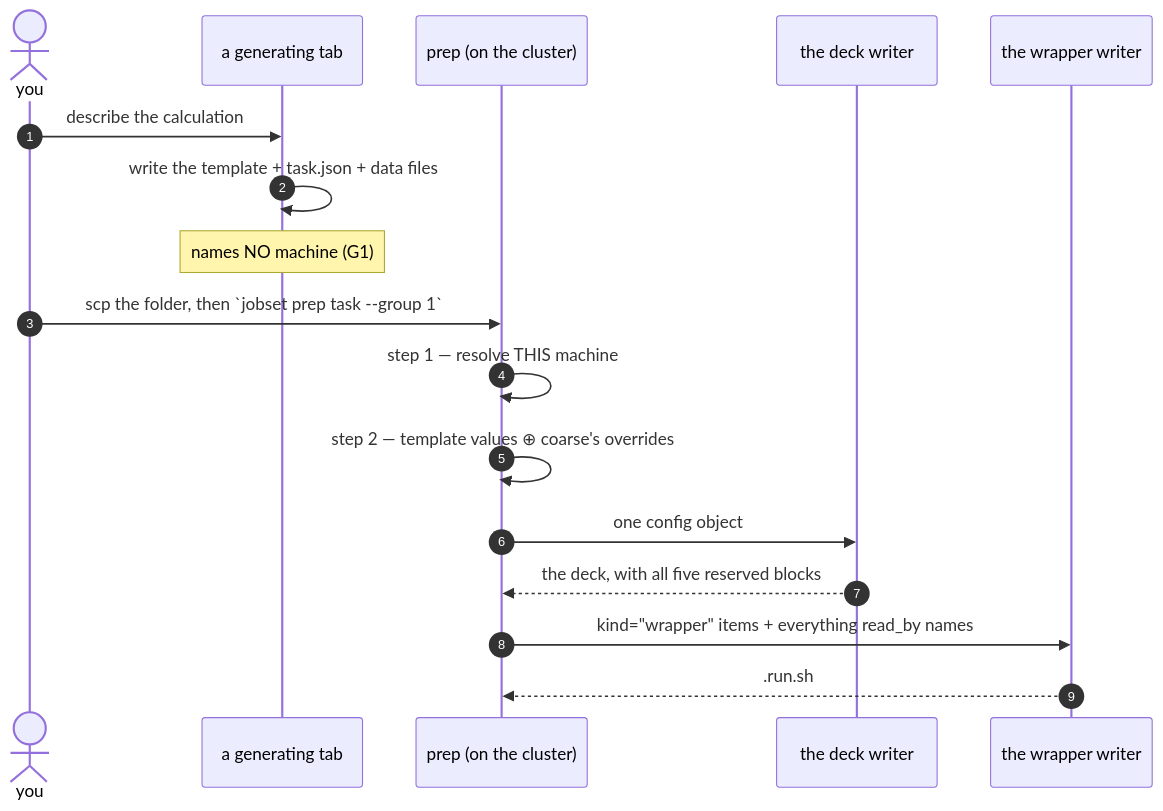
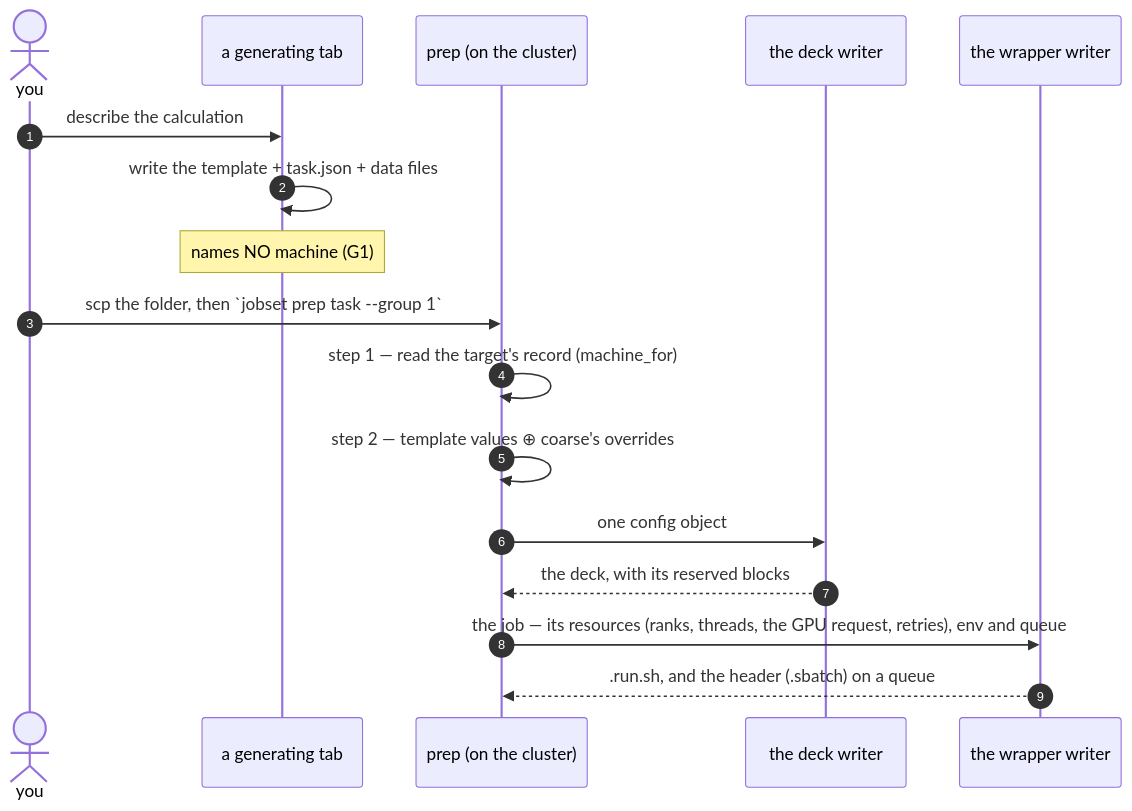
The eighth of 8 diagrams in docs/engines/template.md (Qing-LAB/molbuilder), drawn with Mermaid before and after one commit. The commit also changed other lines of this file and 54 other files, not shown here.

````diff
--- a/docs/engines/template.md
+++ b/docs/engines/template.md
@@ -2715,20 +2707,20 @@
 ```mermaid
 sequenceDiagram
     autonumber
     actor U as you
     participant B as a generating tab
     participant P as prep (on the cluster)
     participant D as the deck writer
     participant W as the wrapper writer
 
     U->>B: describe the calculation
     B->>B: write the template + task.json + data files
     Note over B: names NO machine (G1)
     U->>P: scp the folder, then `jobset prep task --group 1`
-    P->>P: step 1 — resolve THIS machine
+    P->>P: step 1 — read the target's record (machine_for)
     P->>P: step 2 — template values ⊕ coarse's overrides
     P->>D: one config object
-    D-->>P: the deck, with all five reserved blocks
-    P->>W: kind="wrapper" items + everything read_by names
-    W-->>P: .run.sh
+    D-->>P: the deck, with its reserved blocks
+    P->>W: the job — its resources (ranks, threads, the GPU request, retries), env and queue
+    W-->>P: .run.sh, and the header (.sbatch) on a queue
 ```
````
